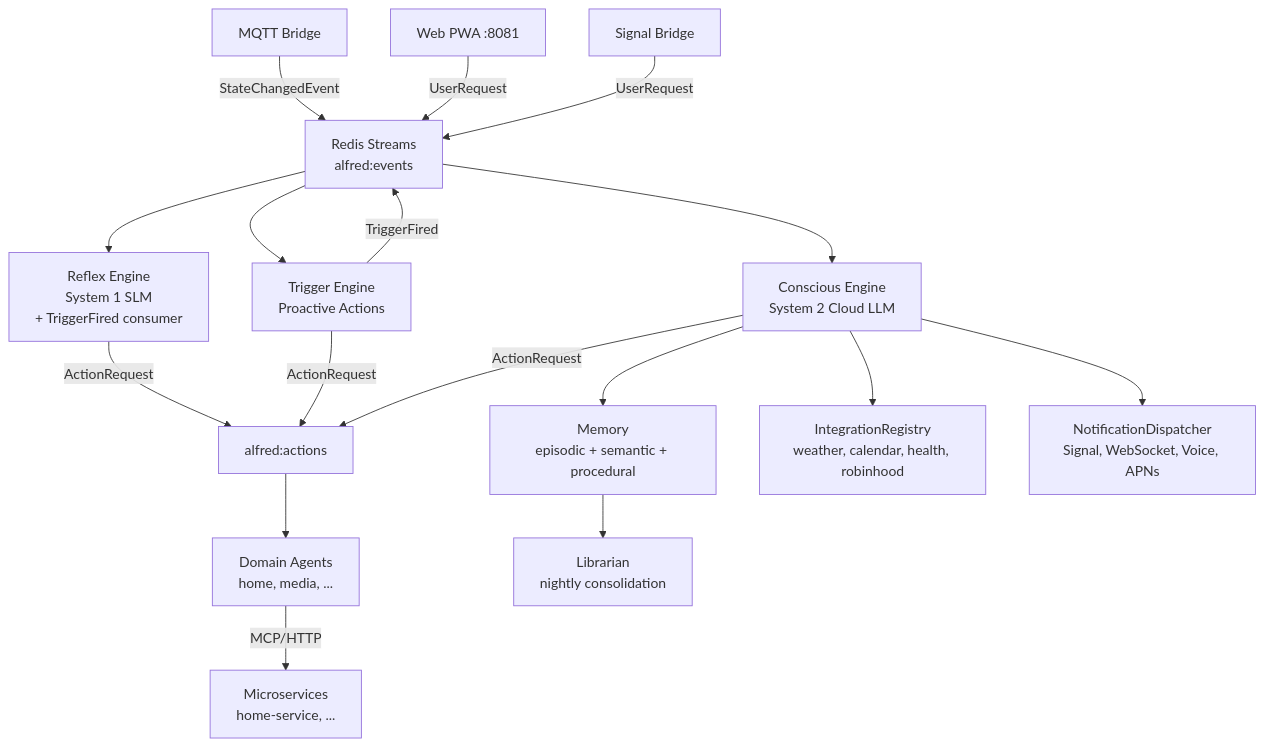
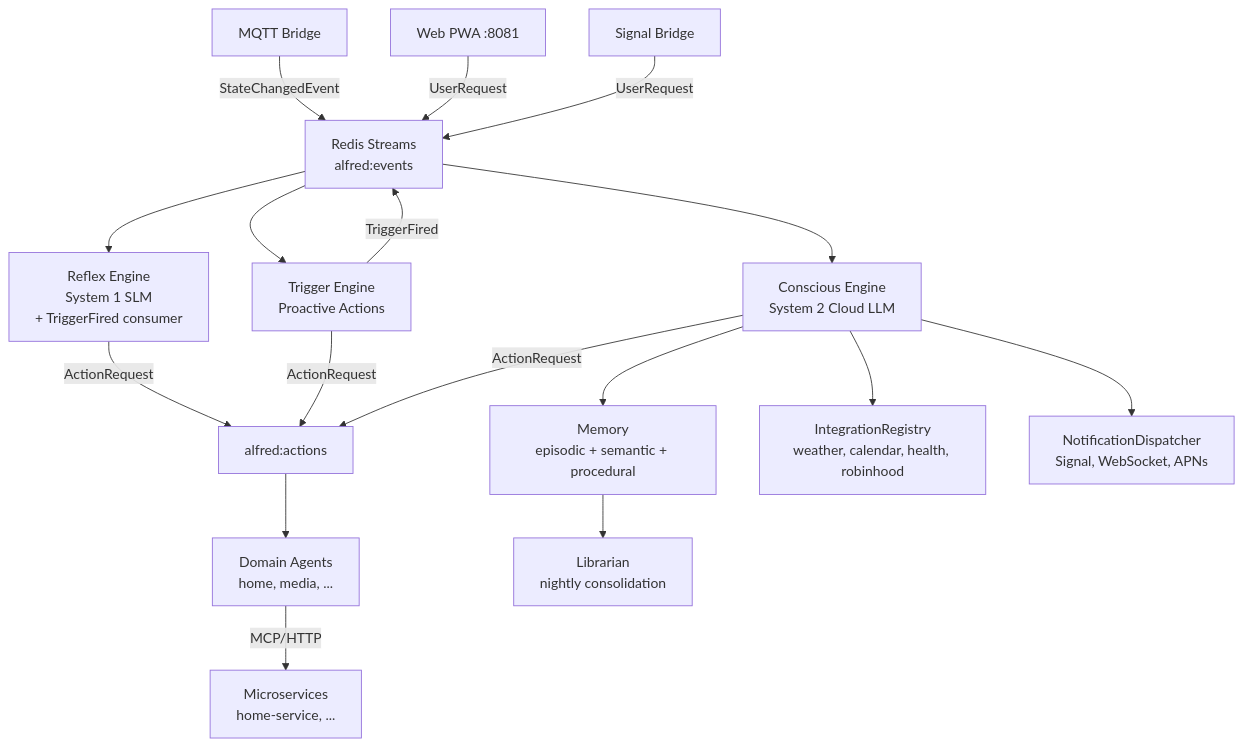
Before and after one commit to anirudhlath/alfred: the diagram in CLAUDE.md, drawn with Mermaid. The commit also changed 1 other file, not shown here.

Commit message:
docs(d28): update CLAUDE.md to reflect D28 TTS delivery architecture change
Voice adapter is no longer loaded in the channels process. TTS audio
synthesis for URGENT notifications is now handled inline by the
WebSocket adapter. Updated the notification data flow diagram and
adapter list in core/CLAUDE.md, and the architecture diagram in
root CLAUDE.md.

````diff
--- a/CLAUDE.md
+++ b/CLAUDE.md
@@ -116,19 +116,19 @@
 ```mermaid
 graph TD
     MQTT[MQTT Bridge] -->|StateChangedEvent| Bus[Redis Streams<br/>alfred:events]
     Bus --> Reflex[Reflex Engine<br/>System 1 SLM<br/>+ TriggerFired consumer]
     Bus --> Triggers[Trigger Engine<br/>Proactive Actions]
     Bus --> Conscious[Conscious Engine<br/>System 2 Cloud LLM]
     Reflex -->|ActionRequest| Actions[alfred:actions]
     Triggers -->|ActionRequest| Actions
     Triggers -->|TriggerFired| Bus
     Conscious -->|ActionRequest| Actions
     Actions --> Agents[Domain Agents<br/>home, media, ...]
     Agents -->|MCP/HTTP| Services[Microservices<br/>home-service, ...]
     Conscious --> Memory[Memory<br/>episodic + semantic + procedural]
     Conscious --> Integrations[IntegrationRegistry<br/>weather, calendar, health, robinhood]
-    Conscious --> Notify[NotificationDispatcher<br/>Signal, WebSocket, Voice, APNs]
+    Conscious --> Notify[NotificationDispatcher<br/>Signal, WebSocket, APNs]
     Memory --> Librarian[Librarian<br/>nightly consolidation]
     WebChannel[Web PWA :8081] -->|UserRequest| Bus
     Signal[Signal Bridge] -->|UserRequest| Bus
 ```
````
